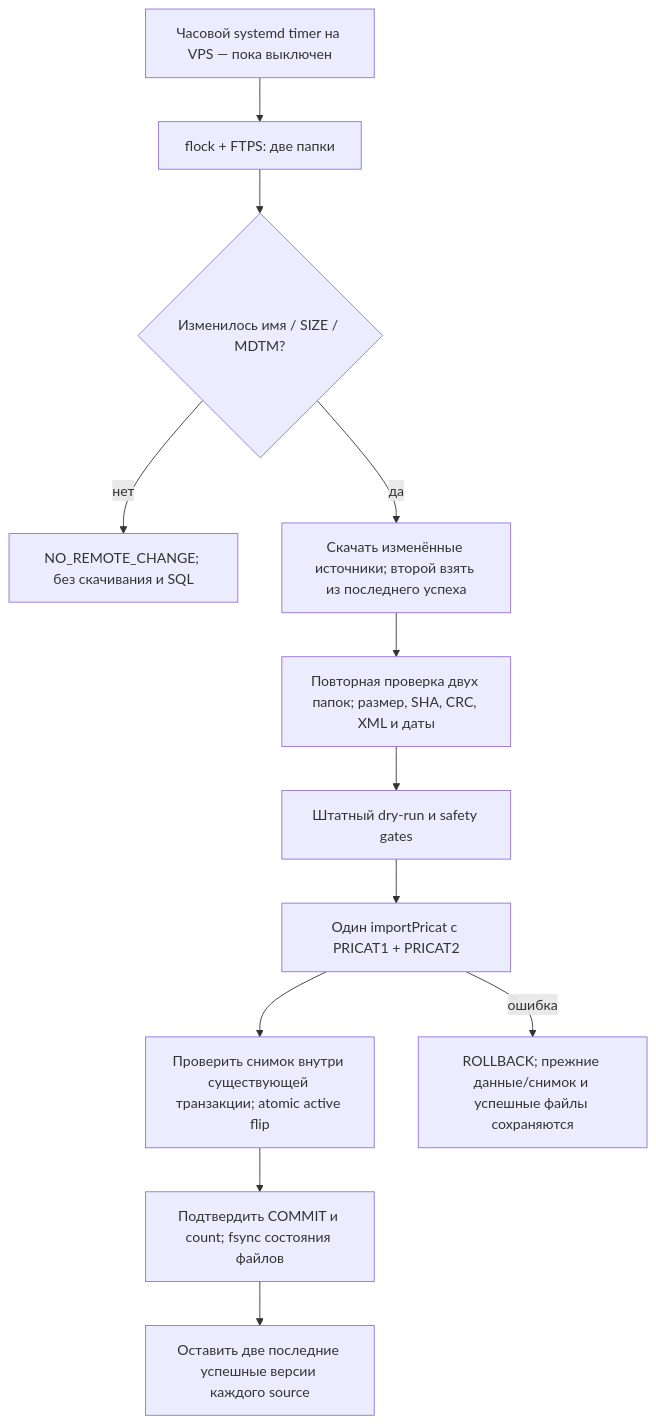
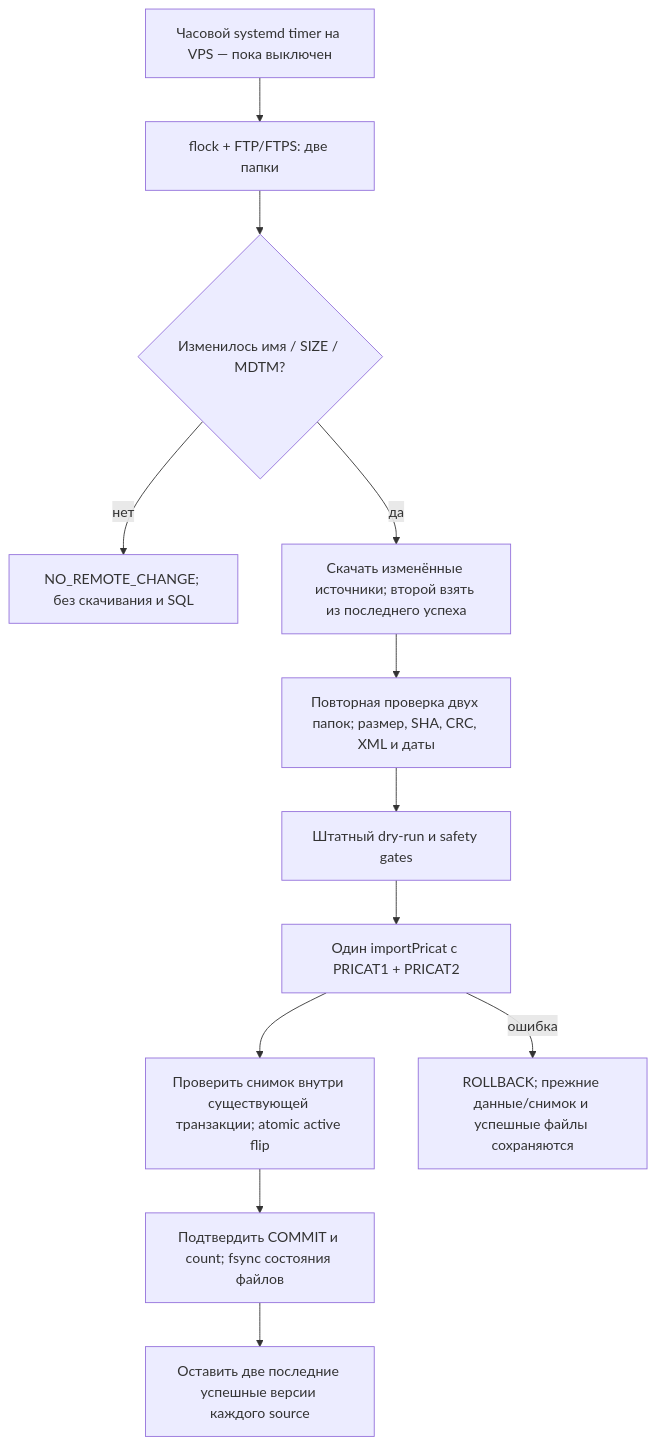
The diagram in docs/PRICAT_AUTO_UPDATE.md (stron111-web/elektrikamarket), drawn with Mermaid before and after one commit. The commit also changed other lines of this file and 10 other files, not shown here.

````diff
--- a/docs/PRICAT_AUTO_UPDATE.md
+++ b/docs/PRICAT_AUTO_UPDATE.md
@@ -35,14 +34,14 @@
 ```mermaid
 flowchart TD
- T["Часовой systemd timer на VPS — пока выключен"] --> F["flock + FTPS: две папки"]
+ T["Часовой systemd timer на VPS — пока выключен"] --> F["flock + FTP/FTPS: две папки"]
  F --> C{"Изменилось имя / SIZE / MDTM?"}
  C -->|нет| N["NO_REMOTE_CHANGE; без скачивания и SQL"]
  C -->|да| D["Скачать изменённые источники; второй взять из последнего успеха"]
  D --> V["Повторная проверка двух папок; размер, SHA, CRC, XML и даты"]
  V --> G["Штатный dry-run и safety gates"]
  G --> I["Один importPricat с PRICAT1 + PRICAT2"]
  I --> A["Проверить снимок внутри существующей транзакции; atomic active flip"]
  A --> S["Подтвердить COMMIT и count; fsync состояния файлов"]
  S --> R["Оставить две последние успешные версии каждого source"]
  I -->|ошибка| O["ROLLBACK; прежние данные/снимок и успешные файлы сохраняются"]
 ```
````
